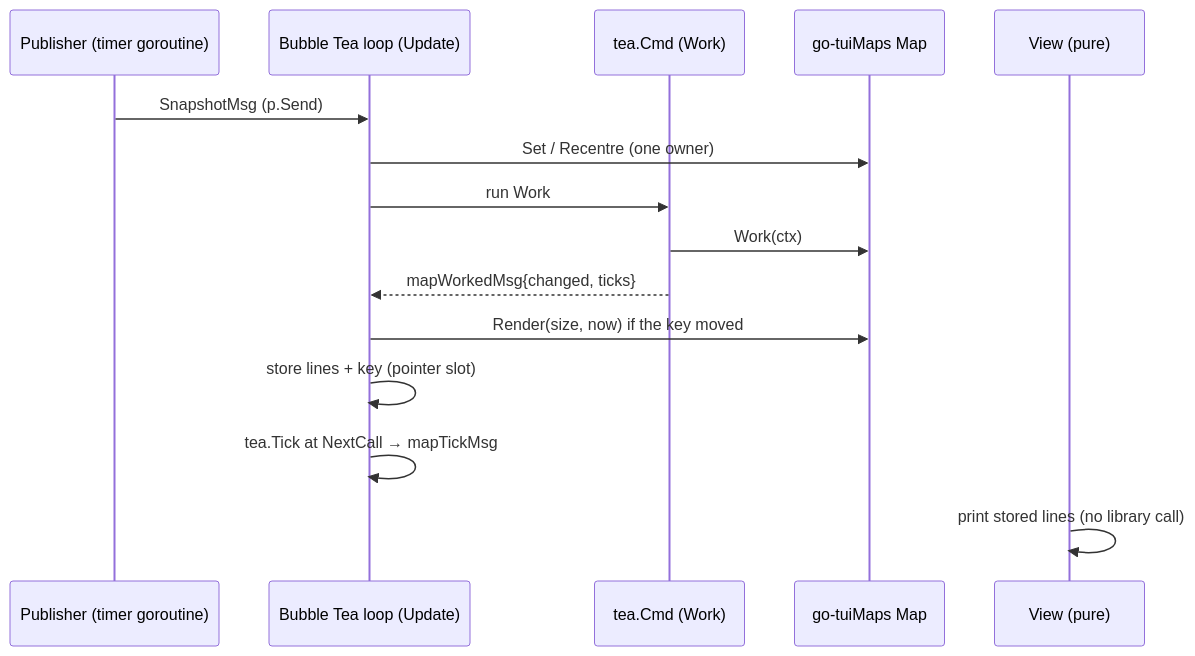
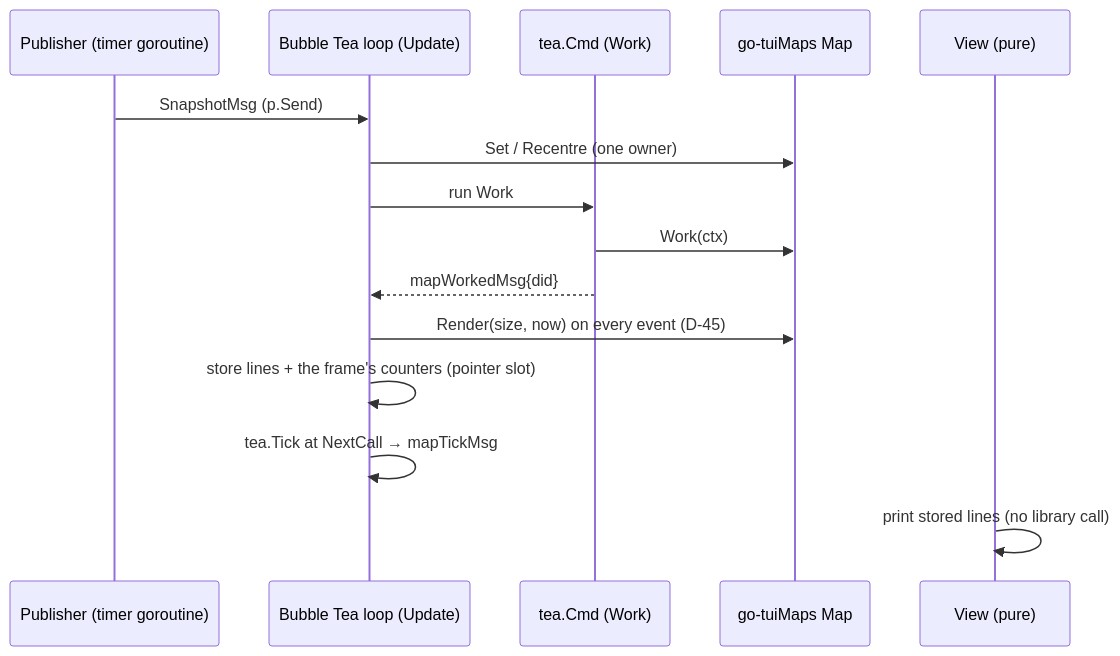
One commit to branden-thompson/watchpost changed the diagram in 06_docs/02_features/observer-maps/03-architecture-design/approach-1-render-placement.md. Above: the diagram before and after it, drawn with Mermaid. The commit also changed other lines of this file and 4 other files, not shown here.

Commit message:
observer-maps: PLAN red team rulings D-44 to D-49 — legend, redraw on every event, M5 re-set, radar by region, the listener's playback flow, pan and zoom in 0.18.0

````diff
--- a/06_docs/02_features/observer-maps/03-architecture-design/approach-1-render-placement.md
+++ b/06_docs/02_features/observer-maps/03-architecture-design/approach-1-render-placement.md
@@ -90,17 +90,17 @@
 ```mermaid
 sequenceDiagram
   participant P as Publisher (timer goroutine)
   participant BT as Bubble Tea loop (Update)
   participant W as tea.Cmd (Work)
   participant L as go-tuiMaps Map
   participant V as View (pure)
   P->>BT: SnapshotMsg (p.Send)
   BT->>L: Set / Recentre (one owner)
   BT->>W: run Work
   W->>L: Work(ctx)
-  W-->>BT: mapWorkedMsg{changed, ticks}
-  BT->>L: Render(size, now) if the key moved
-  BT->>BT: store lines + key (pointer slot)
+  W-->>BT: mapWorkedMsg{did}
+  BT->>L: Render(size, now) on every event (D-45)
+  BT->>BT: store lines + the frame's counters (pointer slot)
   BT->>BT: tea.Tick at NextCall → mapTickMsg
   V->>V: print stored lines (no library call)
 ```
````
